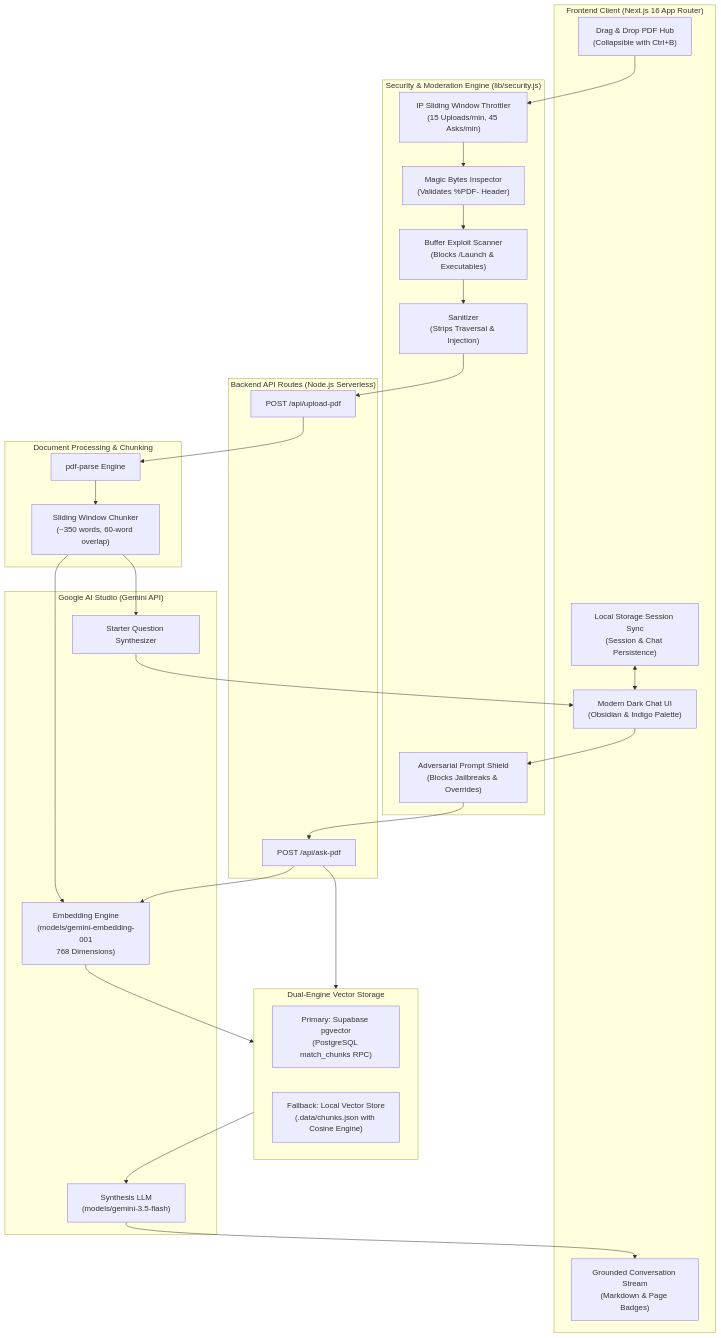
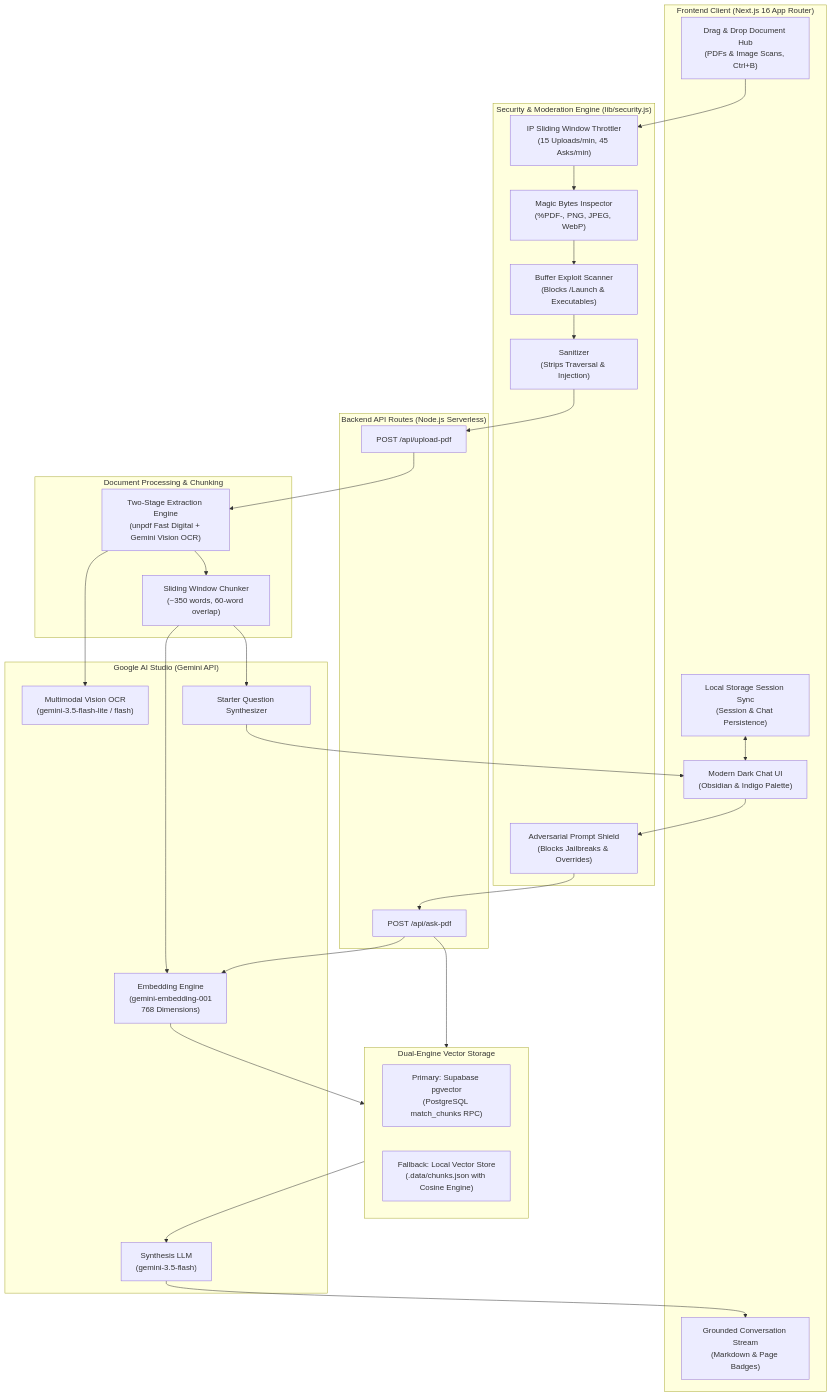
The diagram in README.md (Basiibnumoideen/Documindai), drawn with Mermaid before and after one commit. The commit also changed other lines of this file, not shown here.

Commit message:
docs: update README with Gemini Multimodal Vision OCR, image scans, and 40s budget specs

````diff
--- a/README.md
+++ b/README.md
@@ -137,50 +148,53 @@
 ```mermaid
 flowchart TD
     subgraph Client["Frontend Client (Next.js 16 App Router)"]
         UI["Modern Dark Chat UI\n(Obsidian & Indigo Palette)"]
-        Dropzone["Drag & Drop PDF Hub\n(Collapsible with Ctrl+B)"]
+        Dropzone["Drag & Drop Document Hub\n(PDFs & Image Scans, Ctrl+B)"]
         Chat["Grounded Conversation Stream\n(Markdown & Page Badges)"]
         Storage["Local Storage Session Sync\n(Session & Chat Persistence)"]
     end
 
     subgraph Security["Security & Moderation Engine (lib/security.js)"]
         RateLimit["IP Sliding Window Throttler\n(15 Uploads/min, 45 Asks/min)"]
-        MagicBytes["Magic Bytes Inspector\n(Validates %PDF- Header)"]
+        MagicBytes["Magic Bytes Inspector\n(%PDF-, PNG, JPEG, WebP)"]
         ExploitScanner["Buffer Exploit Scanner\n(Blocks /Launch & Executables)"]
         Sanitizer["Sanitizer\n(Strips Traversal & Injection)"]
         PromptGuard["Adversarial Prompt Shield\n(Blocks Jailbreaks & Overrides)"]
     end
 
     subgraph API["Backend API Routes (Node.js Serverless)"]
         UploadRoute["POST /api/upload-pdf"]
         AskRoute["POST /api/ask-pdf"]
     end
 
     subgraph Chunker["Document Processing & Chunking"]
-        Parser["pdf-parse Engine"]
+        Parser["Two-Stage Extraction Engine\n(unpdf Fast Digital + Gemini Vision OCR)"]
         SlidingWindow["Sliding Window Chunker\n(~350 words, 60-word overlap)"]
     end
 
     subgraph AI["Google AI Studio (Gemini API)"]
-        Embedder["Embedding Engine\n(models/gemini-embedding-001\n768 Dimensions)"]
-        LLM["Synthesis LLM\n(models/gemini-3.5-flash)"]
+        Embedder["Embedding Engine\n(gemini-embedding-001\n768 Dimensions)"]
+        LLM["Synthesis LLM\n(gemini-3.5-flash)"]
+        VisionOCR["Multimodal Vision OCR\n(gemini-3.5-flash-lite / flash)"]
         QuestionGen["Starter Question Synthesizer"]
     end
 
     subgraph DataStore["Dual-Engine Vector Storage"]
         Supabase["Primary: Supabase pgvector\n(PostgreSQL match_chunks RPC)"]
         LocalStore["Fallback: Local Vector Store\n(.data/chunks.json with Cosine Engine)"]
     end
 
     Dropzone --> RateLimit --> MagicBytes --> ExploitScanner --> Sanitizer --> UploadRoute
-    UploadRoute --> Parser --> SlidingWindow
+    UploadRoute --> Parser
+    Parser --> VisionOCR
+    Parser --> SlidingWindow
     SlidingWindow --> Embedder
     Embedder --> DataStore
     SlidingWindow --> QuestionGen --> UI
 
     UI --> PromptGuard --> AskRoute
     AskRoute --> Embedder
     AskRoute --> DataStore
     DataStore --> LLM --> Chat
     Storage <--> UI
 ```
````
